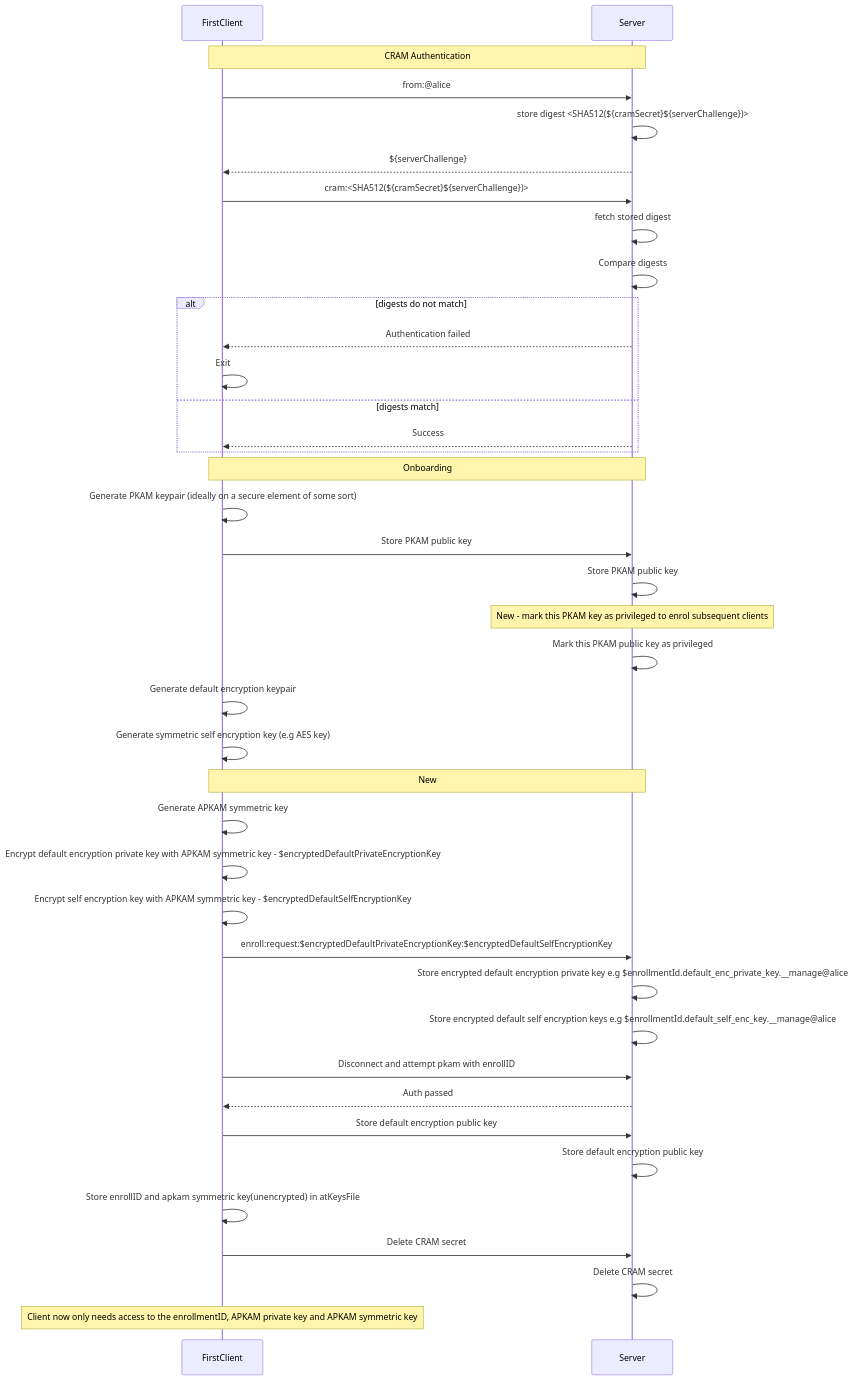
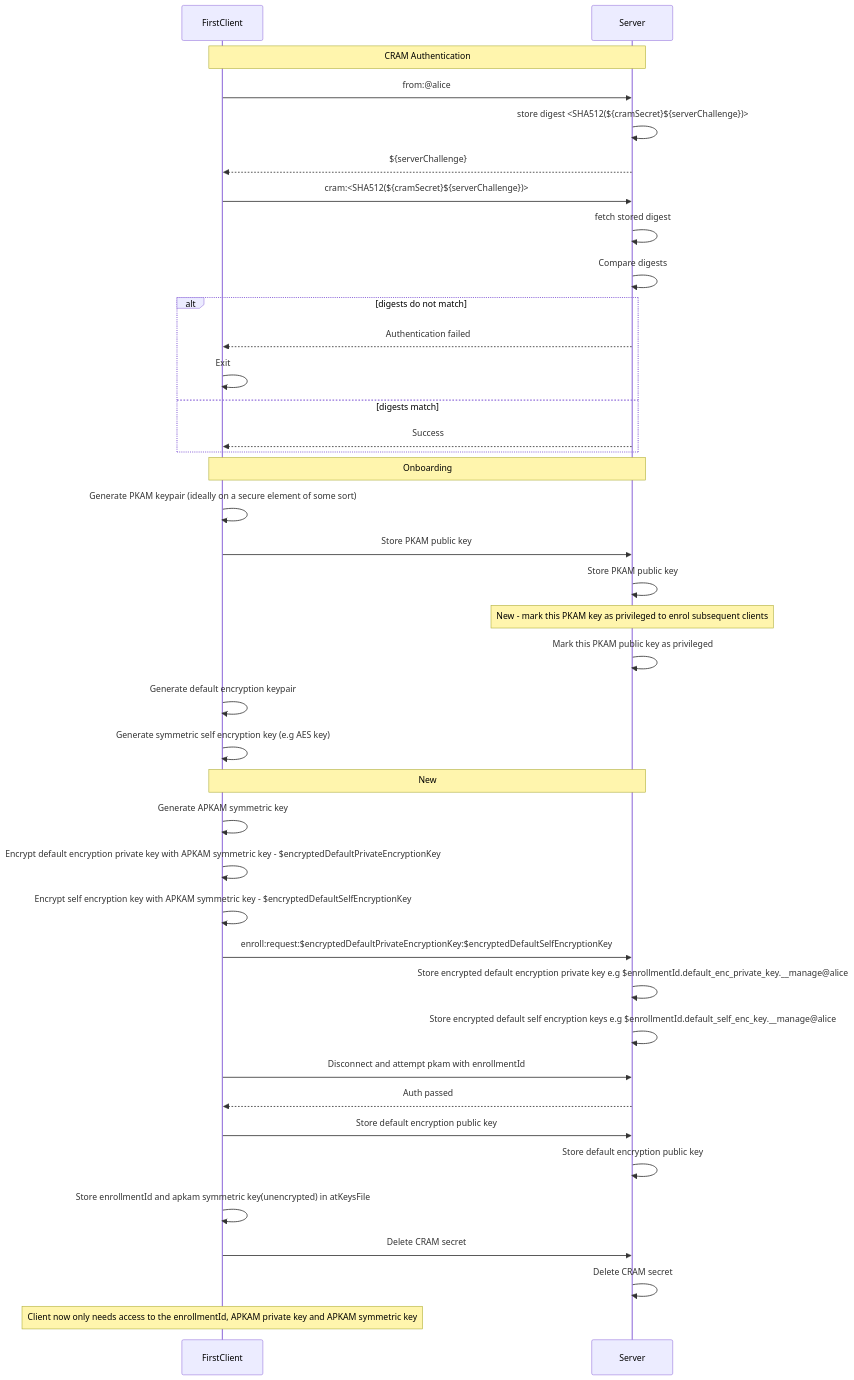
Before and after one commit to atsign-foundation/at_protocol: the second of 3 diagrams in decisions/2023-01-pkam-per-app-and-device.md, drawn with Mermaid. The commit also changed other lines of this file, not shown here.

First line of the commit message:
Update 2023-01-pkam-per-app-and-device.md

````diff
--- a/decisions/2023-01-pkam-per-app-and-device.md
+++ b/decisions/2023-01-pkam-per-app-and-device.md
@@ -335,44 +335,44 @@
 ```mermaid
 sequenceDiagram
     participant FirstClient
     participant Server
 
     note over FirstClient,Server: CRAM Authentication
 
     FirstClient->>Server: from:@alice
     Server->>Server: store digest <SHA512(${cramSecret}${serverChallenge})>
     Server-->>FirstClient: ${serverChallenge}
     FirstClient->>Server: cram:<SHA512(${cramSecret}${serverChallenge})>
     Server->>Server: fetch stored digest
     Server->>Server: Compare digests
     alt digests do not match
         Server-->>FirstClient: Authentication failed
         FirstClient->>FirstClient: Exit
     else digests match
         Server-->>FirstClient: Success
     end
 
     note over FirstClient,Server: Onboarding
     FirstClient->>FirstClient: Generate PKAM keypair (ideally on a secure element of some sort)
     FirstClient->>Server: Store PKAM public key
     Server->>Server: Store PKAM public key
     note over Server: New - mark this PKAM key as privileged to enrol subsequent clients
     Server->>Server: Mark this PKAM public key as privileged       
     FirstClient->>FirstClient: Generate default encryption keypair    
     FirstClient->>FirstClient: Generate symmetric self encryption key (e.g AES key)
     note over FirstClient,Server: New
     FirstClient->>FirstClient: Generate APKAM symmetric key     
     FirstClient->>FirstClient: Encrypt default encryption private key with APKAM symmetric key - $encryptedDefaultPrivateEncryptionKey
     FirstClient->>FirstClient: Encrypt self encryption key with APKAM symmetric key - $encryptedDefaultSelfEncryptionKey
     FirstClient->>Server: enroll:request:$encryptedDefaultPrivateEncryptionKey:$encryptedDefaultSelfEncryptionKey         
     Server->>Server: Store encrypted default encryption private key e.g $enrollmentId.default_enc_private_key.__manage@alice
     Server->>Server: Store encrypted default self encryption keys e.g $enrollmentId.default_self_enc_key.__manage@alice
-    FirstClient->>Server: Disconnect and attempt pkam with enrollID
+    FirstClient->>Server: Disconnect and attempt pkam with enrollmentId
     Server-->>FirstClient: Auth passed
     FirstClient->>Server: Store default encryption public key
     Server->>Server: Store default encryption public key
-    FirstClient->>FirstClient: Store enrollID and apkam symmetric key(unencrypted) in atKeysFile
+    FirstClient->>FirstClient: Store enrollmentId and apkam symmetric key(unencrypted) in atKeysFile
     FirstClient->>Server: Delete CRAM secret
     Server->>Server: Delete CRAM secret 
-    note over FirstClient: Client now only needs access to the enrollmentID, APKAM private key and APKAM symmetric key 
+    note over FirstClient: Client now only needs access to the enrollmentId, APKAM private key and APKAM symmetric key 
 ```
````
